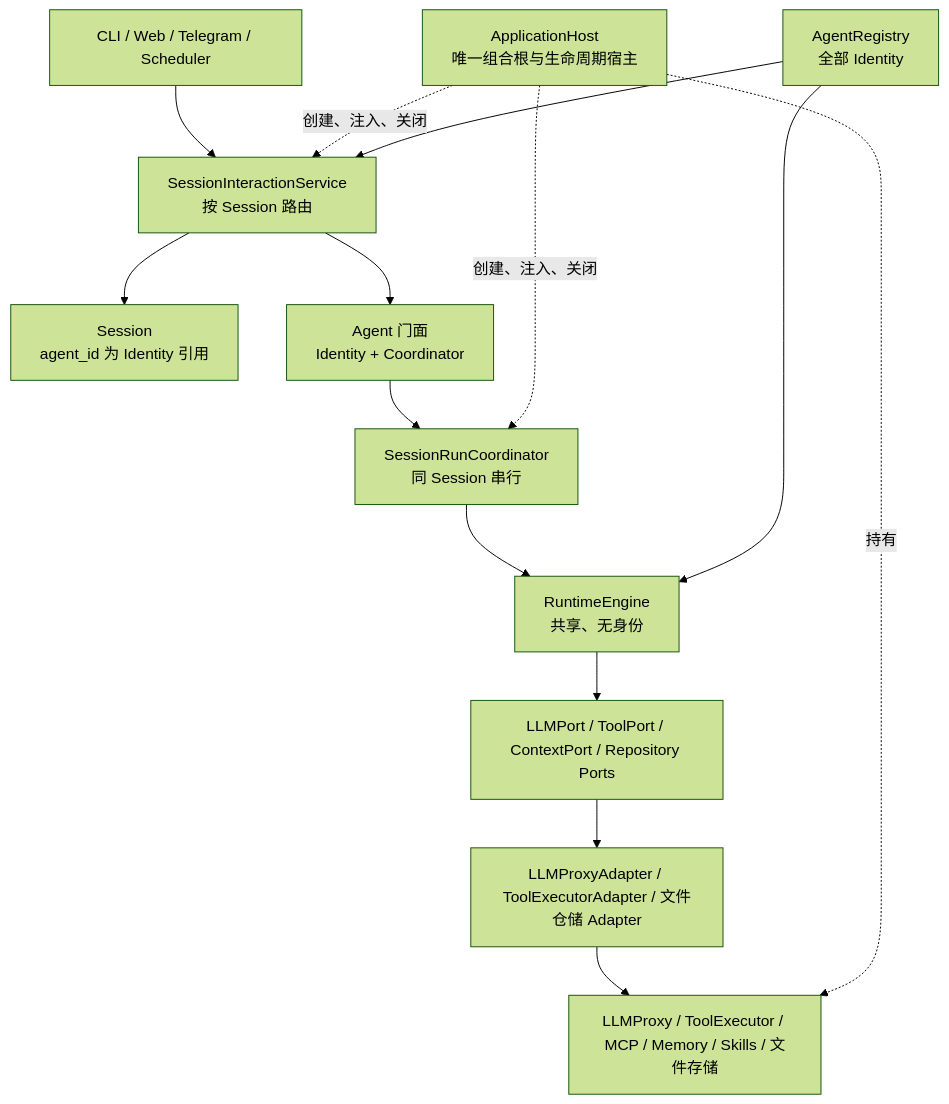
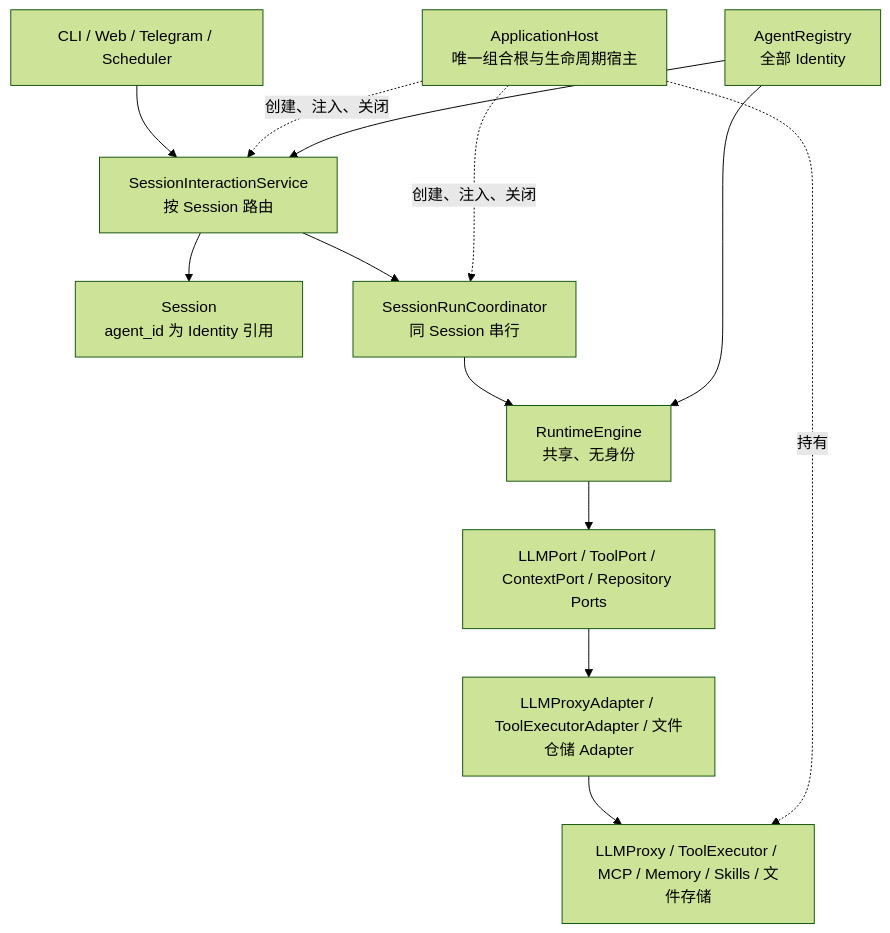
The first of 2 diagrams in docs/Development/runtime/ApplicationHost/runtime-application-host收口总体设计.md (aandbcct/dotClaw), drawn with Mermaid (forest theme) before and after one commit. The commit also changed other lines of this file and 12 other files, not shown here.

First line of the commit message:
fix(agent): 移除运行时 Agent 门面，入口直接绑定 Identity 提交

````diff
--- a/docs/Development/runtime/ApplicationHost/runtime-application-host收口总体设计.md
+++ b/docs/Development/runtime/ApplicationHost/runtime-application-host收口总体设计.md
@@ -54,16 +54,15 @@
 ```mermaid
 flowchart TB
     Channel["CLI / Web / Telegram / Scheduler"] --> Interaction["SessionInteractionService\n按 Session 路由"]
     Interaction --> Session["Session\nagent_id 为 Identity 引用"]
-    Interaction --> Agent["Agent 门面\nIdentity + Coordinator"]
-    Agent --> Coordinator["SessionRunCoordinator\n同 Session 串行"]
+    Interaction --> Coordinator["SessionRunCoordinator\n同 Session 串行"]
     Coordinator --> Engine["RuntimeEngine\n共享、无身份"]
     Engine --> Ports["LLMPort / ToolPort / ContextPort / Repository Ports"]
     Ports --> Adapters["LLMProxyAdapter / ToolExecutorAdapter / 文件仓储 Adapter"]
     Adapters --> Infrastructure["LLMProxy / ToolExecutor / MCP / Memory / Skills / 文件存储"]
     Host["ApplicationHost\n唯一组合根与生命周期宿主"] -. "创建、注入、关闭" .-> Interaction
     Host -. "创建、注入、关闭" .-> Coordinator
     Host -. "持有" .-> Infrastructure
     Registry["AgentRegistry\n全部 Identity"] --> Interaction
     Registry --> Engine
 ```
````
